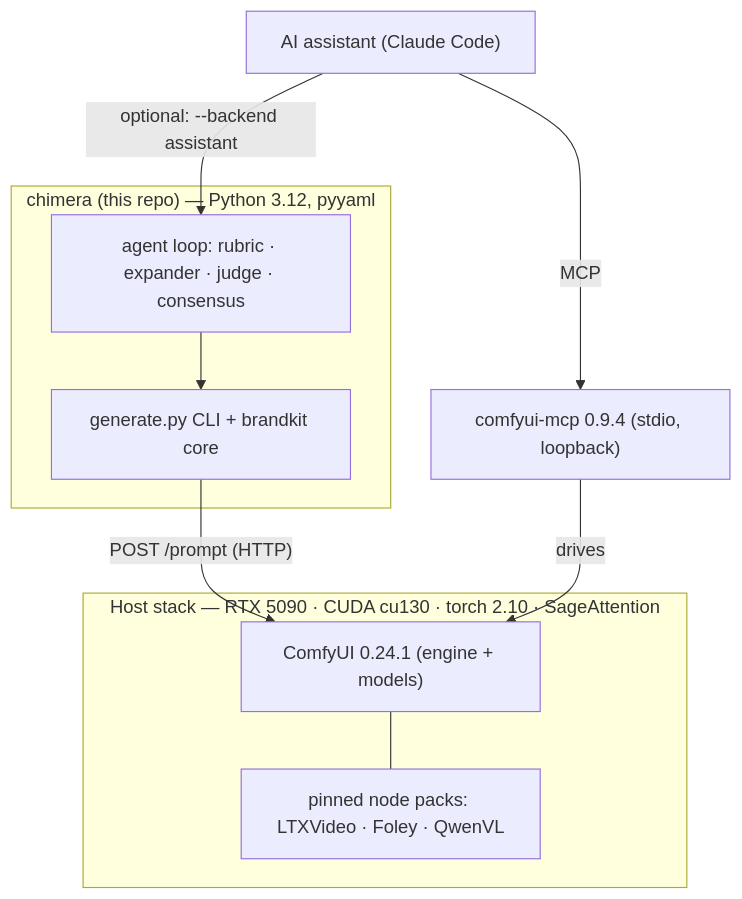
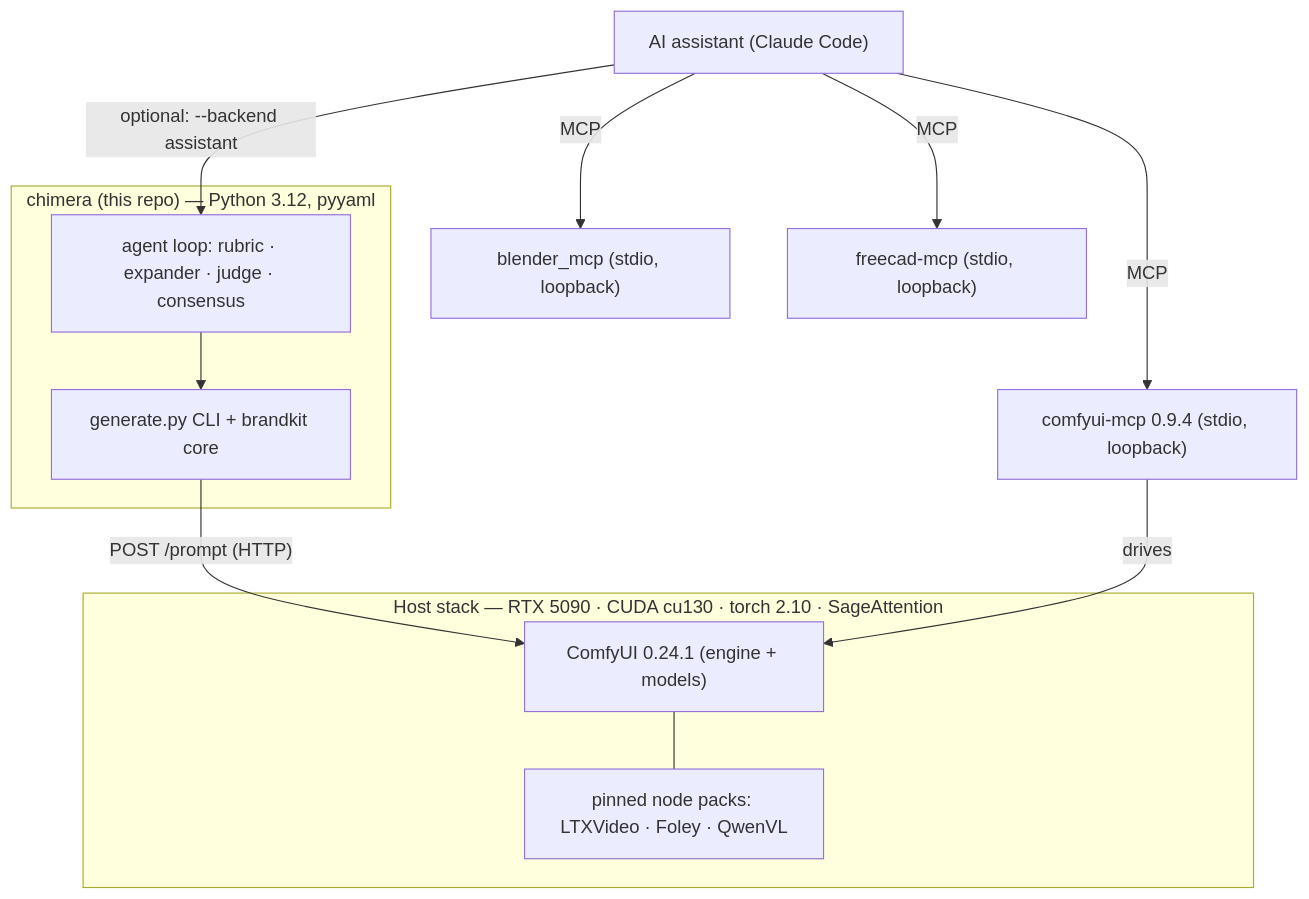
Before and after one commit to whartons/Chimera: the diagram in docs/STACK.md, drawn with Mermaid. The commit also changed other lines of this file, not shown here.

Commit message:
docs(stack): add blender_mcp + freecad-mcp pins to the inventory (+ Gitea note)

````diff
--- a/docs/STACK.md
+++ b/docs/STACK.md
@@ -12,18 +12,22 @@
 ```mermaid
 flowchart TD
     subgraph host["Host stack — RTX 5090 · CUDA cu130 · torch 2.10 · SageAttention"]
         comfy["ComfyUI 0.24.1 (engine + models)"]
         packs["pinned node packs: LTXVideo · Foley · QwenVL"]
         comfy --- packs
     end
     subgraph chimera["chimera (this repo) — Python 3.12, pyyaml"]
         cli["generate.py CLI + brandkit core"]
         agent["agent loop: rubric · expander · judge · consensus"]
     end
     mcp["comfyui-mcp 0.9.4 (stdio, loopback)"]
     cli -->|"POST /prompt (HTTP)"| comfy
     agent --> cli
     mcp -->|drives| comfy
     assistant["AI assistant (Claude Code)"] -->|MCP| mcp
+    blender["blender_mcp (stdio, loopback)"]
+    freecad["freecad-mcp (stdio, loopback)"]
+    assistant -->|MCP| blender
+    assistant -->|MCP| freecad
     assistant -->|"optional: --backend assistant"| agent
 ```
````
